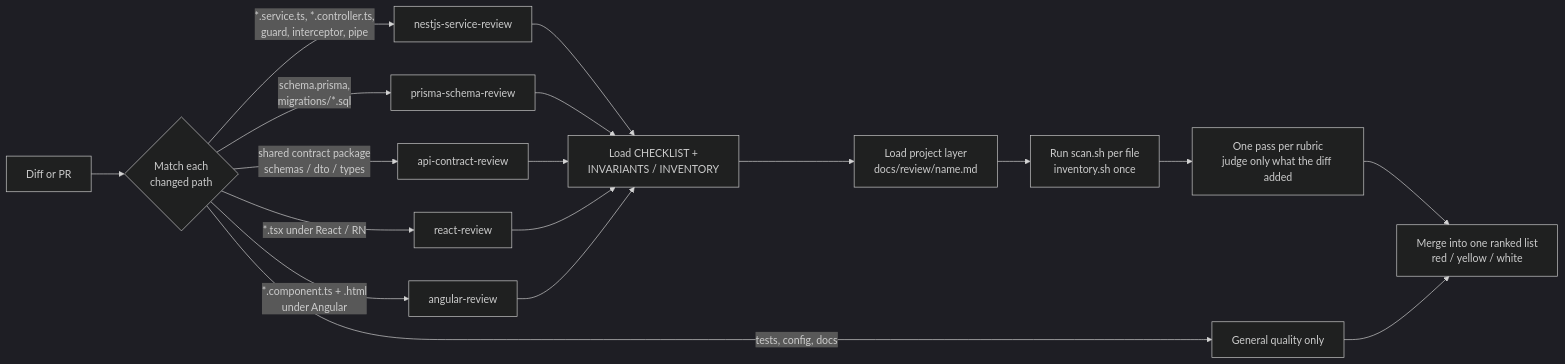
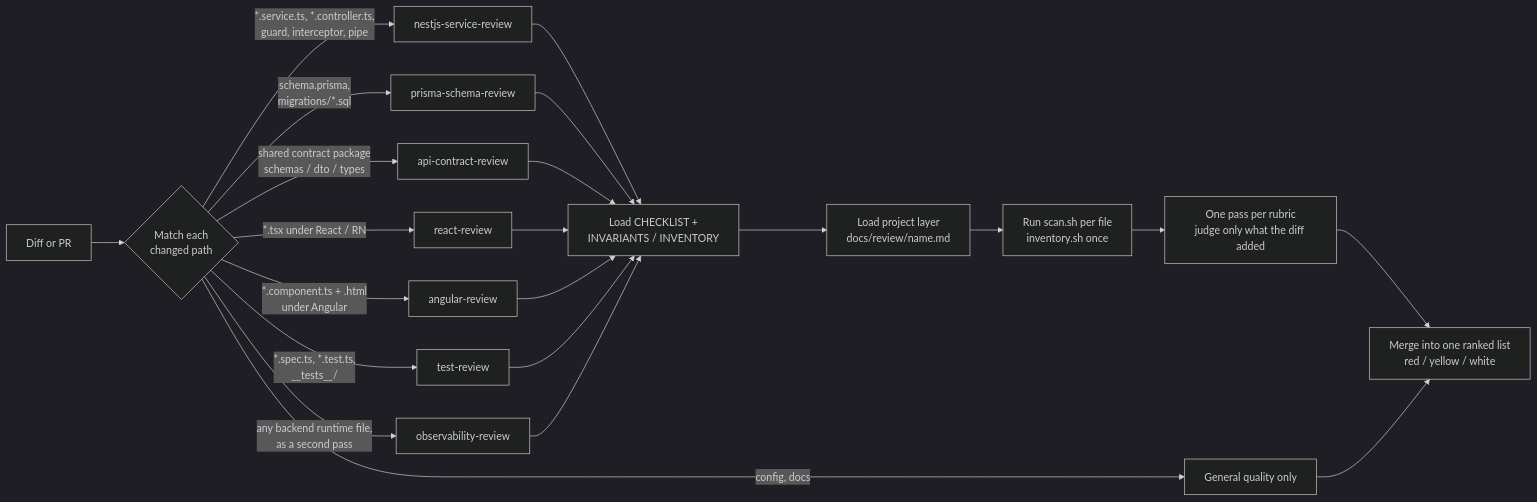
Before and after one commit to vilkoalexander/delivery-skills: the diagram in diagrams/review-routing.mmd, drawn with Mermaid (dark theme). The commit also changed 34 other files, not shown here.

```diff
--- a/diagrams/review-routing.mmd
+++ b/diagrams/review-routing.mmd
@@ -1,14 +1,16 @@
 graph LR
   D[Diff or PR] --> RT{Match each<br/>changed path}
   RT -- "*.service.ts, *.controller.ts,<br/>guard, interceptor, pipe" --> N[nestjs-service-review]
   RT -- "schema.prisma,<br/>migrations/*.sql" --> PR[prisma-schema-review]
   RT -- "shared contract package<br/>schemas / dto / types" --> AC[api-contract-review]
   RT -- "*.tsx under React / RN" --> RE[react-review]
   RT -- "*.component.ts + .html<br/>under Angular" --> AN[angular-review]
-  RT -- "tests, config, docs" --> G[General quality only]
-  N & PR & AC & RE & AN --> L[Load CHECKLIST +<br/>INVARIANTS / INVENTORY]
+  RT -- "*.spec.ts, *.test.ts,<br/>__tests__/" --> T[test-review]
+  RT -- "any backend runtime file,<br/>as a second pass" --> OB[observability-review]
+  RT -- "config, docs" --> G[General quality only]
+  N & PR & AC & RE & AN & T & OB --> L[Load CHECKLIST +<br/>INVARIANTS / INVENTORY]
   L --> PL[Load project layer<br/>docs/review/name.md]
   PL --> SC[Run scan.sh per file<br/>inventory.sh once]
   SC --> J[One pass per rubric<br/>judge only what the diff added]
   J --> O[Merge into one ranked list<br/>red / yellow / white]
   G --> O
```
